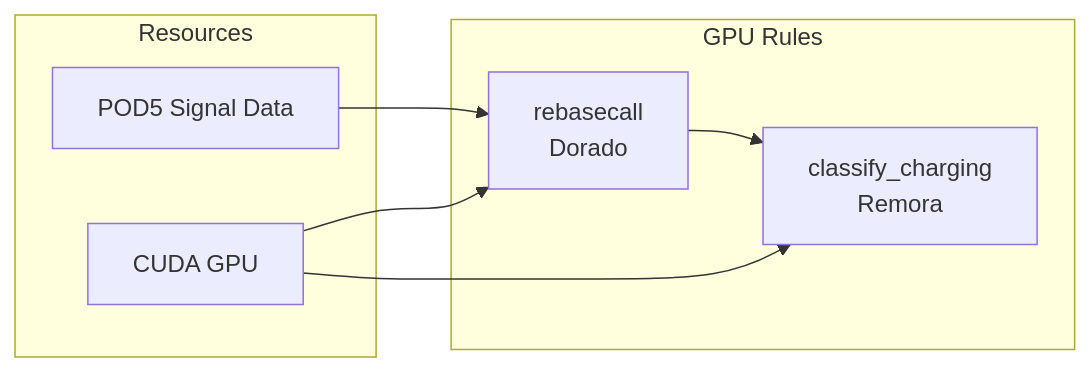
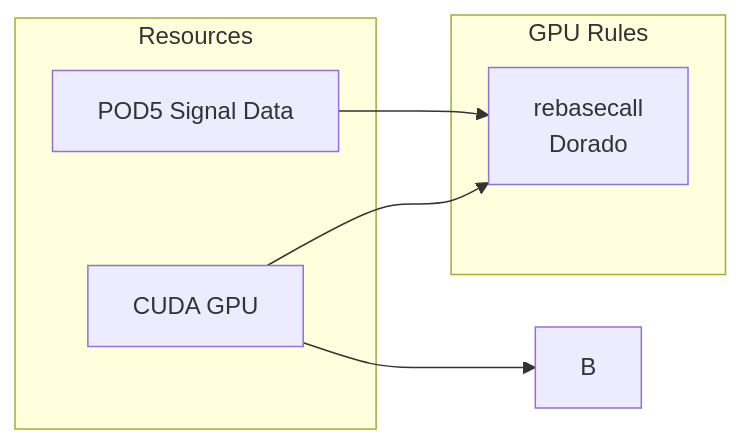
The diagram in docs/cluster/gpu-configuration.md (rnabioco/aa-tRNA-seq-pipeline), drawn with Mermaid before and after one commit. The commit also changed other lines of this file and 51 other files, not shown here.

Commit message:
feat(charging)!: replace remora with escpod signal classify, retire remora (#117)

````diff
--- a/docs/cluster/gpu-configuration.md
+++ b/docs/cluster/gpu-configuration.md
@@ -18,15 +23,15 @@
 ```mermaid
 flowchart LR
     subgraph GPU Rules
-        A[rebasecall<br/>Dorado] --> B[classify_charging<br/>Remora]
+        A[rebasecall<br/>Dorado]
     end
 
     subgraph Resources
         C[POD5 Signal Data]
         D[CUDA GPU]
     end
 
     C --> A
     D --> A
     D --> B
 ```
````
